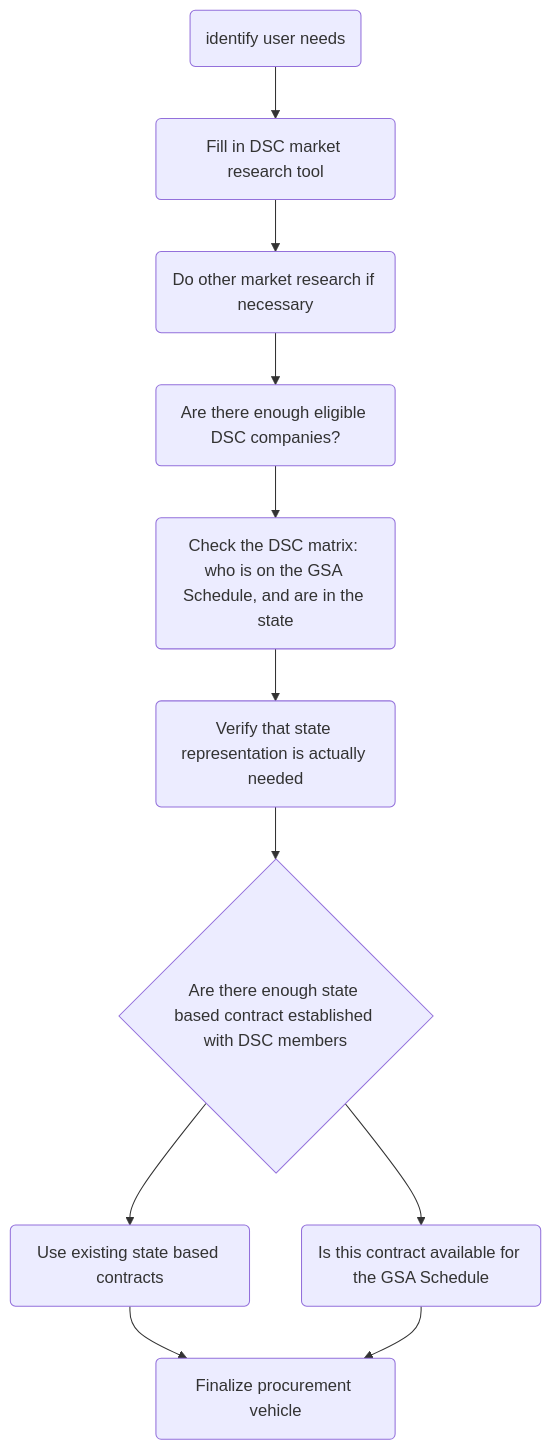
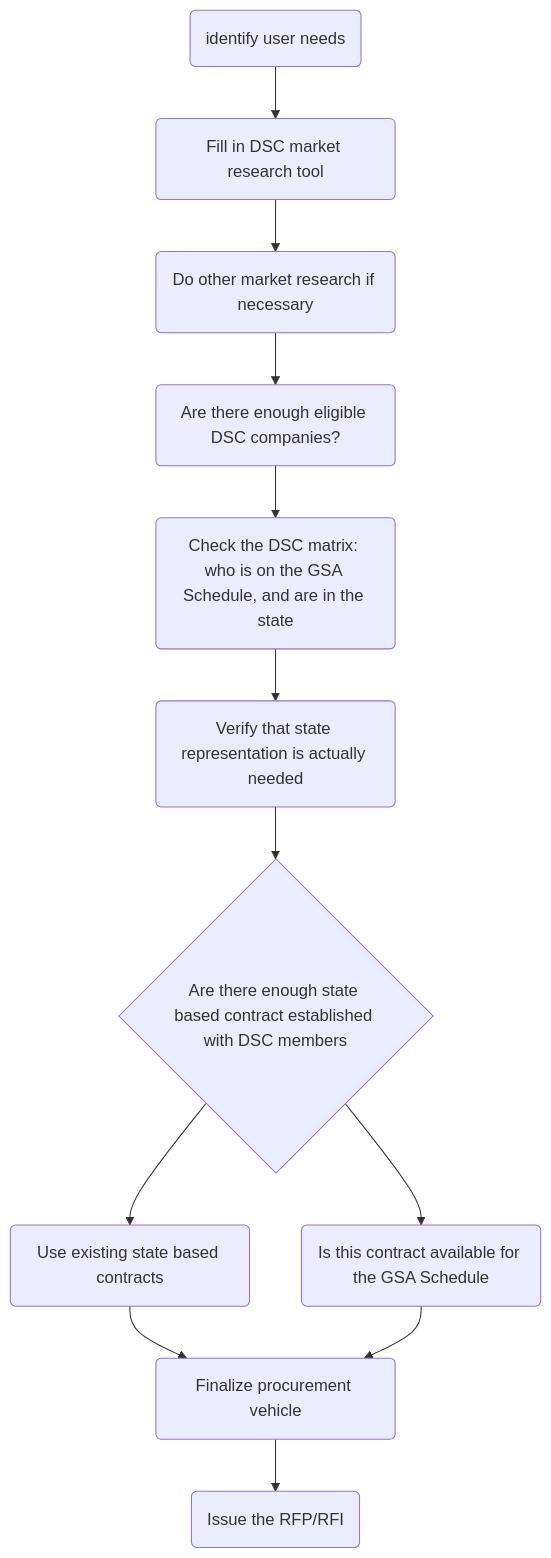
One commit to mgifford/mermaid-graphs changed the diagram in dsc-decision-tree.md. Above: the diagram before and after it, drawn with Mermaid.

````diff
--- a/dsc-decision-tree.md
+++ b/dsc-decision-tree.md
@@ -3,17 +3,19 @@
 ```mermaid
 graph TD
     UserNeeds(identify user needs)-->DSC_MR(Fill in DSC market research tool);
     DSC_MR-->More_MR(Do other market research if necessary);
 
     More_MR-->CompanyPool(Are there enough eligible DSC companies?);
     CompanyPool-->DSC_Matrix(Check the DSC matrix: who is on the GSA Schedule, and are in the state);
 
     DSC_Matrix-->StateRepresentation(Verify that state representation is actually needed);
     StateRepresentation-->DSC_InState{Are there enough state based contract established with DSC members};
 
     DSC_InState-->UseStateContract(Use existing state based contracts);
     DSC_InState-->Eligible4GSA_Schedule(Is this contract available for the GSA Schedule);
 
     UseStateContract-->ProcurementVehicle(Finalize procurement vehicle);
     Eligible4GSA_Schedule-->ProcurementVehicle;
+
+    ProcurementVehicle-->IssueRFP(Issue the RFP/RFI);
 ```
````
